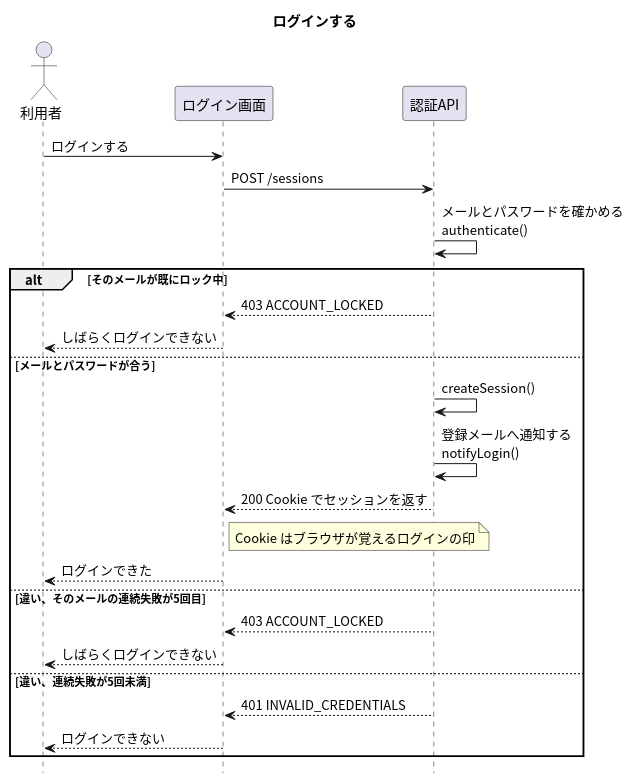
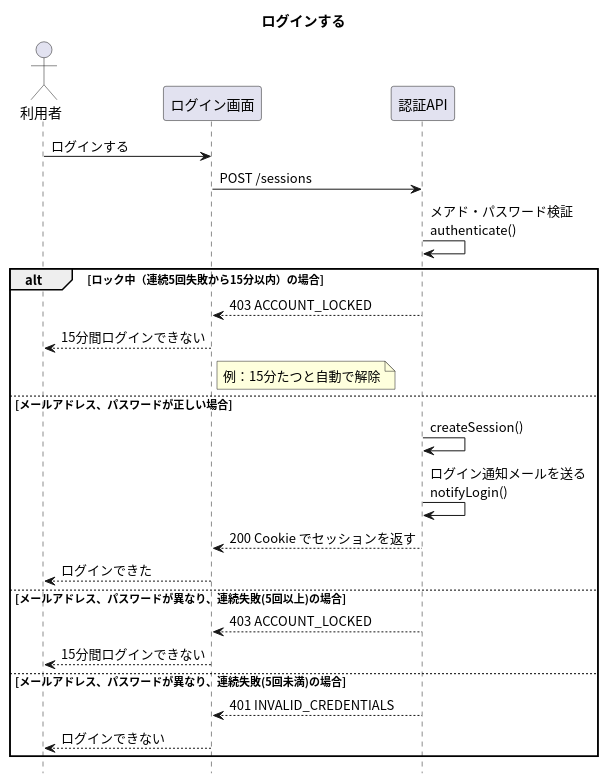
Before and after one commit to masamasamasato/design-doc-template: the diagram in apis/login/入口.puml, drawn with PlantUML. The commit also changed 113 other files, not shown here.

```diff
--- a/apis/login/入口.puml
+++ b/apis/login/入口.puml
@@ -1,32 +1,32 @@
 @startuml
 skinparam shadowing false
 skinparam defaultFontName "Noto Sans CJK JP"
 skinparam SequenceFontName "Noto Sans CJK JP"
 hide footbox
 
 title ログインする
 
 actor "利用者" as User
 participant "ログイン画面" as Screen
 participant "認証API" as API
 
 User -> Screen : ログインする
 Screen -> API : POST /sessions
-API -> API : メールとパスワードを確かめる\nauthenticate()
-alt そのメールが既にロック中
+API -> API : メアド・パスワード検証\nauthenticate()
+alt ロック中（連続5回失敗から15分以内）の場合
   API --> Screen : 403 ACCOUNT_LOCKED
-  Screen --> User : しばらくログインできない
-else メールとパスワードが合う
+  Screen --> User : 15分間ログインできない
+  note right of Screen : 例：15分たつと自動で解除
+else メールアドレス、パスワードが正しい場合
   API -> API : createSession()
-  API -> API : 登録メールへ通知する\nnotifyLogin()
+  API -> API : ログイン通知メールを送る\nnotifyLogin()
   API --> Screen : 200 Cookie でセッションを返す
-  note right of Screen : Cookie はブラウザが覚えるログインの印
   Screen --> User : ログインできた
-else 違い、そのメールの連続失敗が5回目
+else メールアドレス、パスワードが異なり、連続失敗(5回以上)の場合
   API --> Screen : 403 ACCOUNT_LOCKED
-  Screen --> User : しばらくログインできない
-else 違い、連続失敗が5回未満
+  Screen --> User : 15分間ログインできない
+else メールアドレス、パスワードが異なり、連続失敗(5回未満)の場合
   API --> Screen : 401 INVALID_CREDENTIALS
   Screen --> User : ログインできない
 end
 @enduml
```
